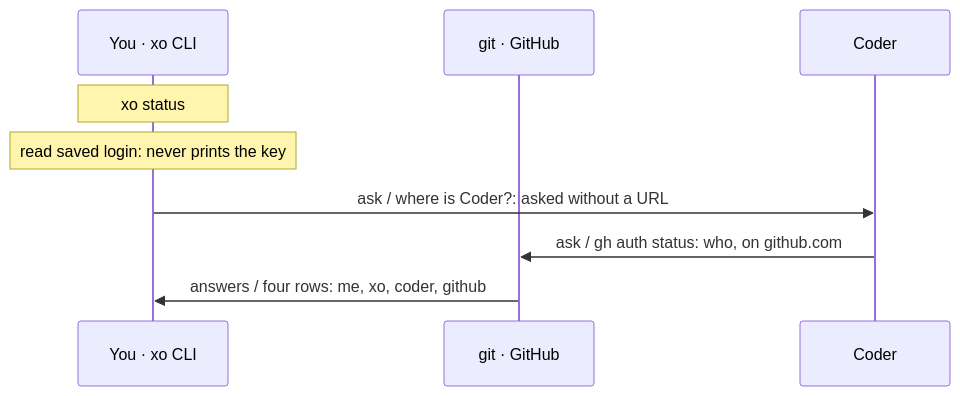
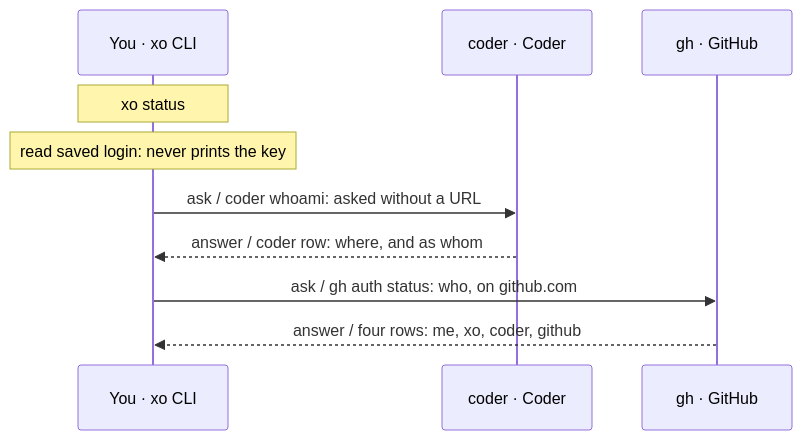
One commit to quirq-ai/xo changed the fifth of 32 diagrams in docs/architecture.md. Above: the diagram before and after it, drawn with Mermaid. The commit also changed other lines of this file and 10 other files, not shown here.

First line of the commit message:
xo create and architecture: audit fixes on top of #35 and #36

````diff
--- a/docs/architecture.md
+++ b/docs/architecture.md
@@ -142,11 +153,12 @@
 ```mermaid
 sequenceDiagram
   participant Cli as You · xo CLI
-  participant Git as git · GitHub
-  participant Coder as Coder
+  participant Coder as coder · Coder
+  participant Gh as gh · GitHub
   Note over Cli: xo status
   Note over Cli: read saved login: never prints the key
-  Cli->>Coder: ask / where is Coder?: asked without a URL
-  Coder->>Git: ask / gh auth status: who, on github.com
-  Git->>Cli: answers / four rows: me, xo, coder, github
+  Cli->>Coder: ask / coder whoami: asked without a URL
+  Coder-->>Cli: answer / coder row: where, and as whom
+  Cli->>Gh: ask / gh auth status: who, on github.com
+  Gh-->>Cli: answer / four rows: me, xo, coder, github
 ```
````
